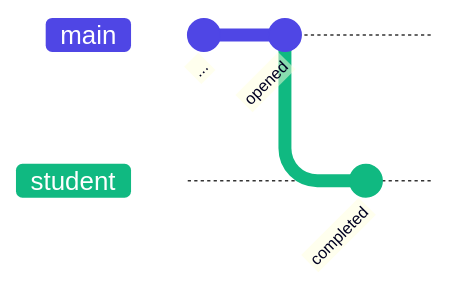
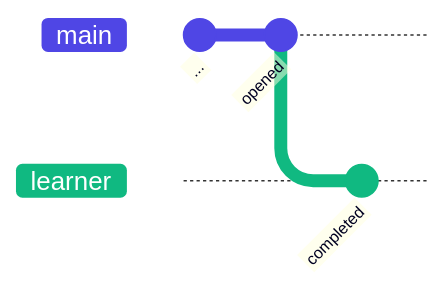
Before and after one commit to d33bs/set-website: the second of 3 diagrams in _posts/2023-02-13-Git-Practices.md, drawn with Mermaid. The commit also changed other lines of this file, not shown here.

````diff
--- a/_posts/2023-02-13-Git-Practices.md
+++ b/_posts/2023-02-13-Git-Practices.md
@@ -46,14 +46,14 @@
 ```mermaid
 %%{init: { 'logLevel': 'debug', 'theme': 'default' , 'themeVariables': {
       'git0': '#4F46E5',
       'git1': '#10B981',
       'gitBranchLabel1': '#ffffff'
 } } }%%
     gitGraph
        commit id: "..."
        commit id: "opened"
-       branch student
-       checkout student
+       branch learner
+       checkout learner
        commit id: "completed"
        checkout main
 ```
````
